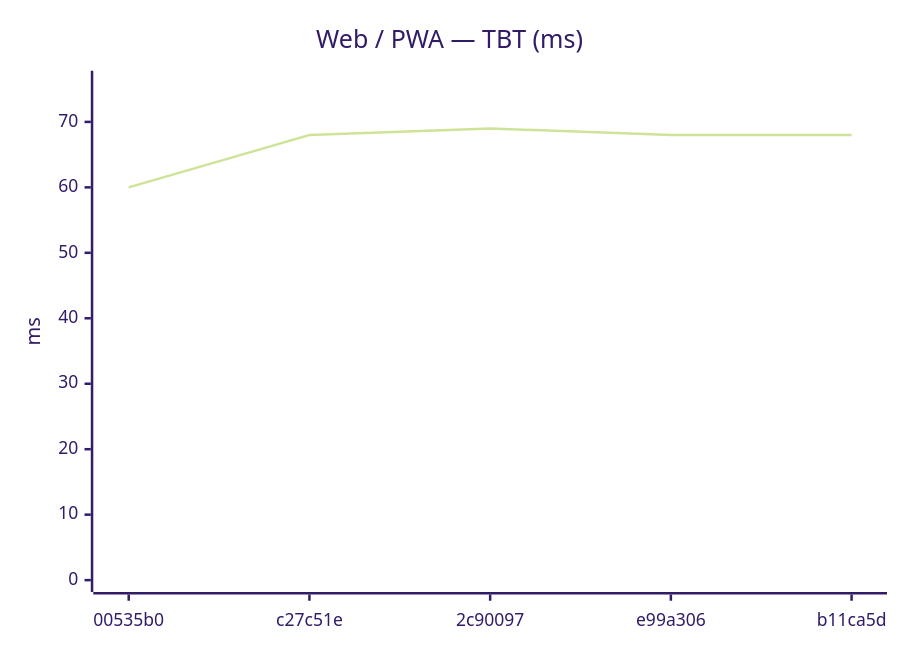
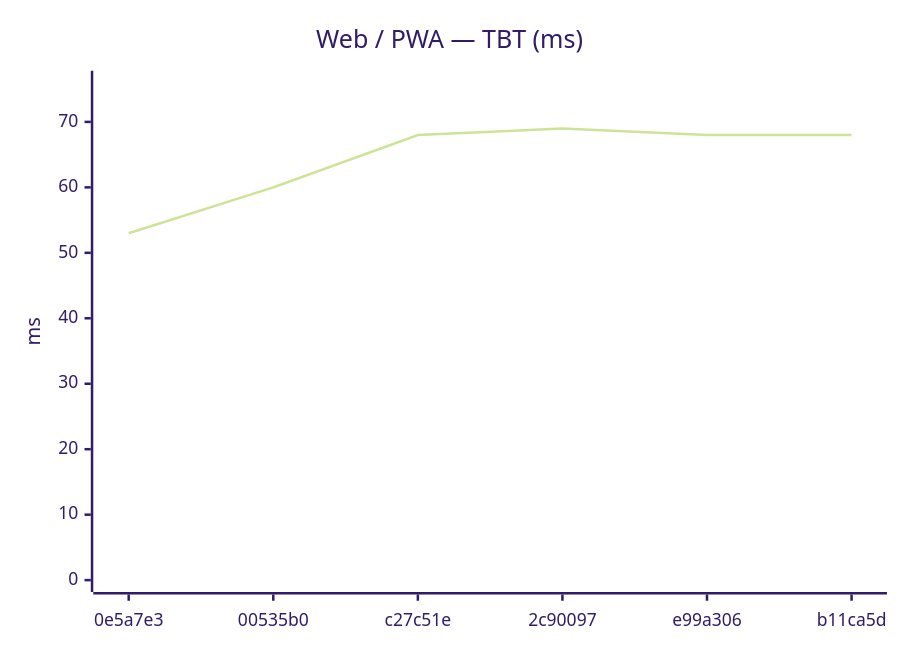
Before and after one commit to Metaheurist/Rianell: the second of 24 diagrams in benchmarks/compare.md, drawn with Mermaid (forest theme). The commit also changed other lines of this file and 12 other files, not shown here.

````diff
--- a/benchmarks/compare.md
+++ b/benchmarks/compare.md
@@ -26,7 +27,7 @@
 ```mermaid
 xychart-beta
     title "Web / PWA — TBT (ms)"
-    x-axis ["00535b0", "c27c51e", "2c90097", "e99a306", "b11ca5d"]
+    x-axis ["0e5a7e3", "00535b0", "c27c51e", "2c90097", "e99a306", "b11ca5d"]
     y-axis "ms" 0 --> 76
-    line [60, 68, 69, 68, 68]
+    line [53, 60, 68, 69, 68, 68]
 ```
````
